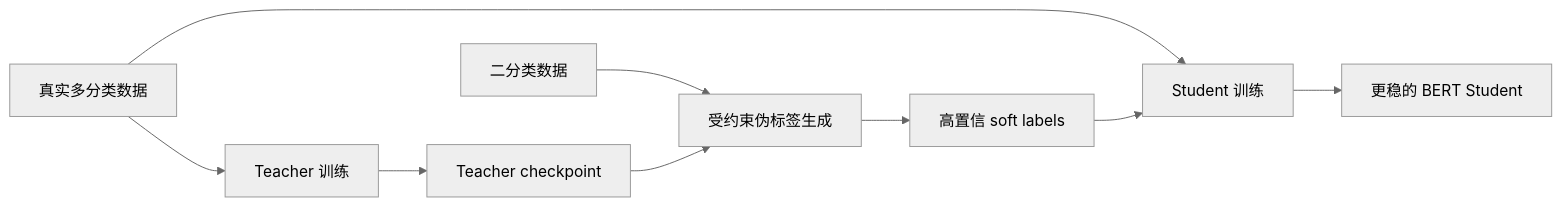
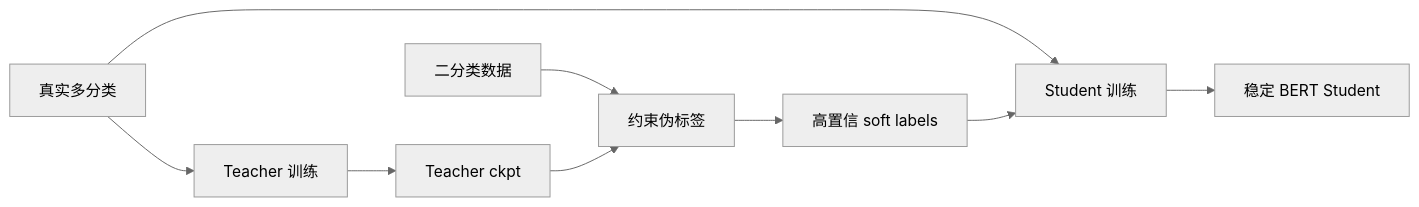
The fourth of 4 diagrams in slidev/slides.md (Cthaat/SentimentFlow), drawn with Mermaid (neutral theme) before and after one commit. The commit also changed other lines of this file and 3 other files, not shown here.

````diff
--- a/slidev/slides.md
+++ b/slidev/slides.md
@@ -575,11 +857,11 @@
 ```mermaid
 flowchart LR
-  A[真实多分类数据] --> B[Teacher 训练]
-  B --> C[Teacher checkpoint]
-  D[二分类数据] --> E[受约束伪标签生成]
+  A[真实多分类] --> B[Teacher 训练]
+  B --> C[Teacher ckpt]
+  D[二分类数据] --> E[约束伪标签]
   C --> E
   E --> F[高置信 soft labels]
   A --> G[Student 训练]
   F --> G
-  G --> H[更稳的 BERT Student]
+  G --> H[稳定 BERT Student]
 ```
````
